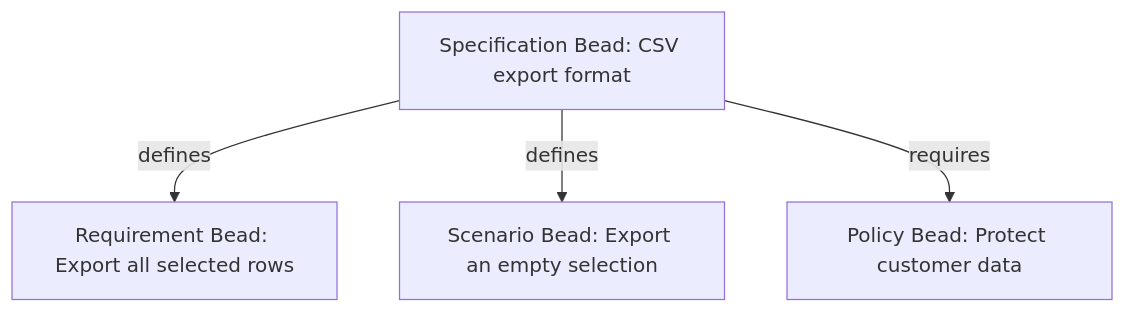
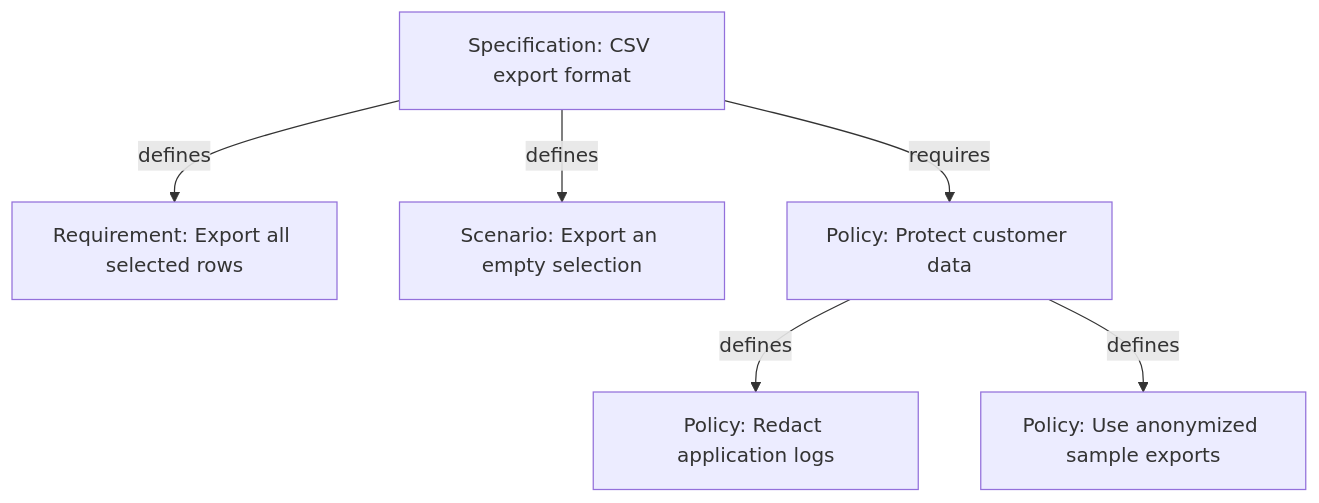
The first of 4 diagrams in specs/types/memory/memory.md (gastownhall/bdp), drawn with Mermaid before and after one commit. The commit also changed other lines of this file, not shown here.

Commit message:
docs(memory): expand the informative CSV walkthrough and align CLI sketch

````diff
--- a/specs/types/memory/memory.md
+++ b/specs/types/memory/memory.md
@@ -59,10 +90,8 @@
 ```mermaid
 flowchart TD
-    S["Specification Bead: CSV export format"]
-    R["Requirement Bead: Export all selected rows"]
-    C["Scenario Bead: Export an empty selection"]
-    P["Policy Bead: Protect customer data"]
-    S -->|defines| R
-    S -->|defines| C
-    S -->|requires| P
+    S["Specification: CSV export format"] -->|defines| R["Requirement: Export all selected rows"]
+    S -->|defines| C["Scenario: Export an empty selection"]
+    S -->|requires| P["Policy: Protect customer data"]
+    P -->|defines| L["Policy: Redact application logs"]
+    P -->|defines| E["Policy: Use anonymized sample exports"]
 ```
````
